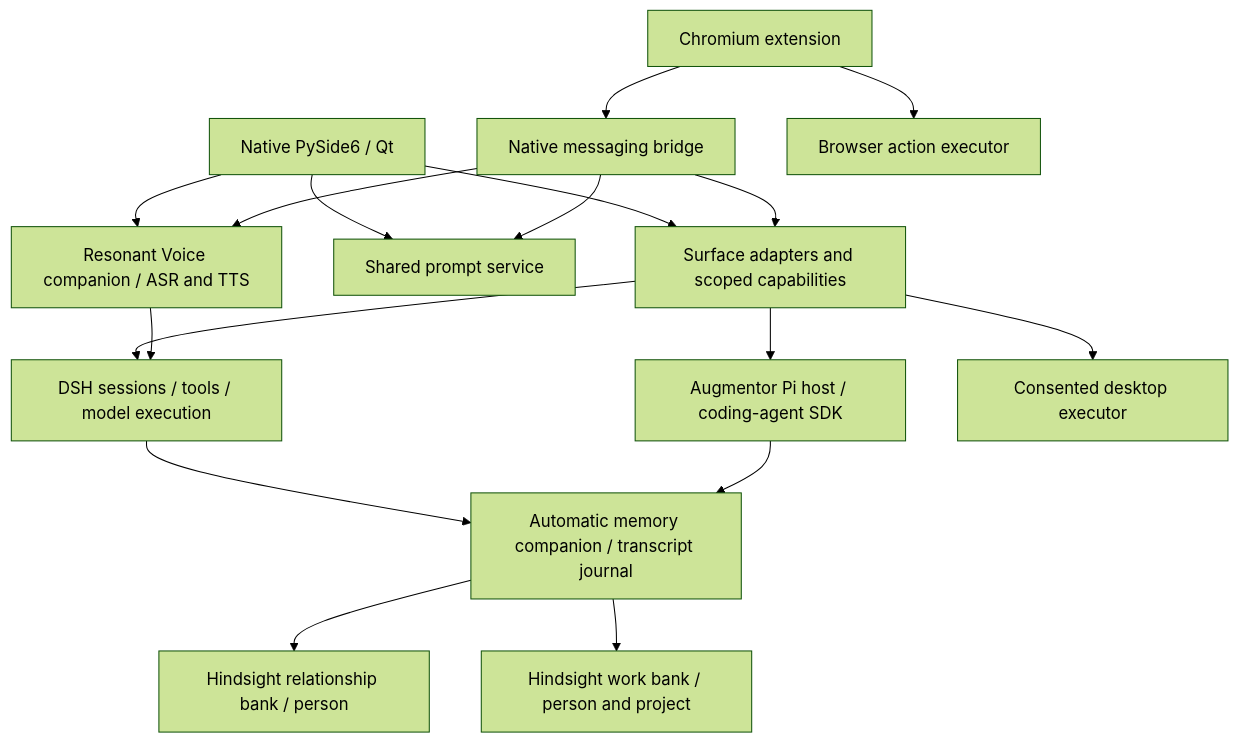
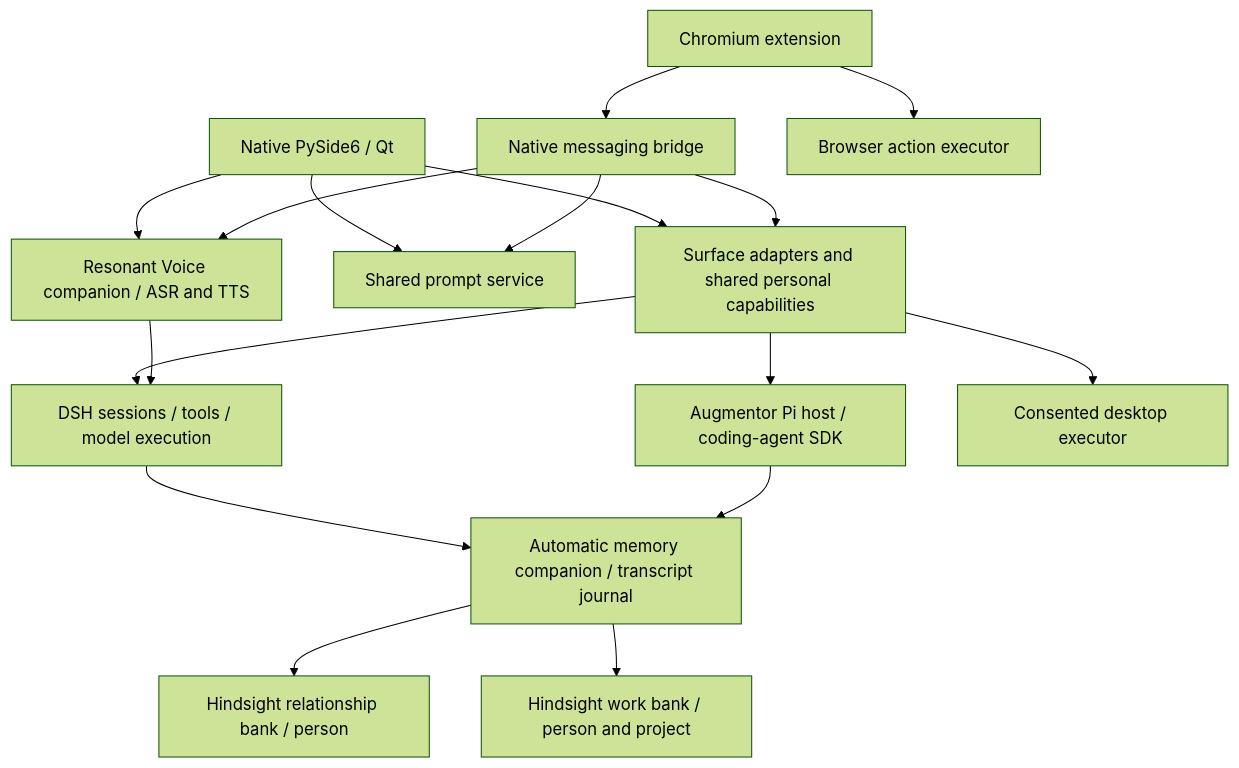
The diagram in docs/ARCHITECTURE.md (ManoloRemiddi/augmentor-agent), drawn with Mermaid (forest theme) before and after one commit. The commit also changed other lines of this file and 54 other files, not shown here.

````diff
--- a/docs/ARCHITECTURE.md
+++ b/docs/ARCHITECTURE.md
@@ -21,19 +21,19 @@
 ```mermaid
 flowchart TD
-    Native[Native PySide6 / Qt] --> Adapters[Surface adapters and scoped capabilities]
+    Native[Native PySide6 / Qt] --> Adapters[Surface adapters and shared personal capabilities]
     Browser[Chromium extension] --> Bridge[Native messaging bridge]
     Bridge --> Adapters
     Adapters --> DSH[DSH sessions / tools / model execution]
     Adapters --> Pi[Augmentor Pi host / coding-agent SDK]
     Native --> Prompts[Shared prompt service]
     Bridge --> Prompts
     DSH --> Memory[Automatic memory companion / transcript journal]
     Pi --> Memory
     Memory --> Relationship[Hindsight relationship bank / person]
     Memory --> Project[Hindsight work bank / person and project]
     Native --> Voice[Resonant Voice companion / ASR and TTS]
     Bridge --> Voice
     Voice --> DSH
     Adapters --> Desktop[Consented desktop executor]
     Browser --> Executor[Browser action executor]
 ```
````
